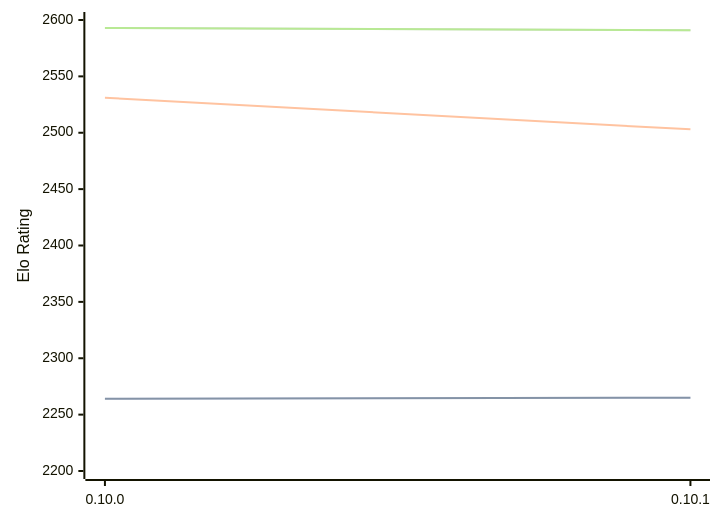
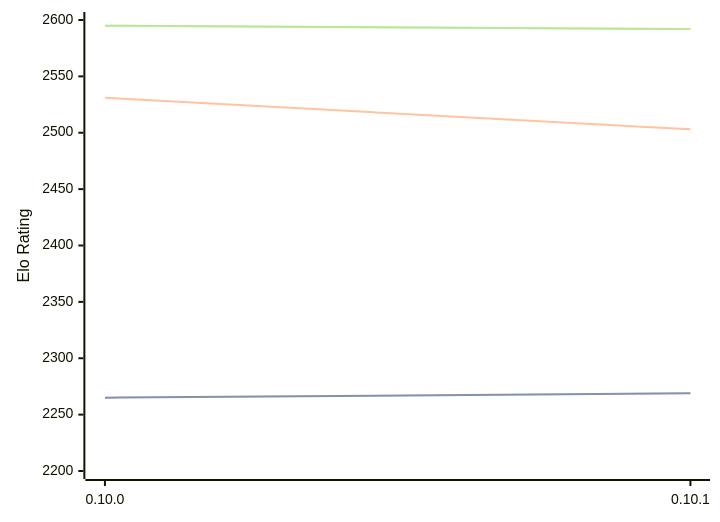
Before and after one commit to computer-chess-index/cci: the diagram in engines/Fatalii.md, drawn with Mermaid. The commit also changed other lines of this file, not shown here.

Commit message:
Update CCI Ratings (ELO VLTC) - 2026-07-25

````diff
--- a/engines/Fatalii.md
+++ b/engines/Fatalii.md
@@ -46,11 +46,11 @@
 ```mermaid
 %%{init: {"theme":"base","themeVariables":{"seriesColors:['#a3a3a3','#222221','#faa371']}}}%%
 xychart-beta
   x-axis ["0.10.0", "0.10.1"]
   y-axis "Elo Rating" 2200 --> 2600
-  line "STC (8.0+0.08s)" [2264, 2265]
-  line "STC (8.0+0.08s)" [2264, 2265]
+  line "STC (8.0+0.08s)" [2265, 2269]
+  line "STC (8.0+0.08s)" [2265, 2269]
   line "LTC (60.0+0.60s)" [2531, 2503]
-  line "VLTC (2m24s+1.12s)" [2593, 2591]
-  line "VLTC (2m24s+1.12s)" [2593, 2591]
+  line "VLTC (2m24s+1.12s)" [2595, 2592]
+  line "VLTC (2m24s+1.12s)" [2595, 2592]
 ```
````
